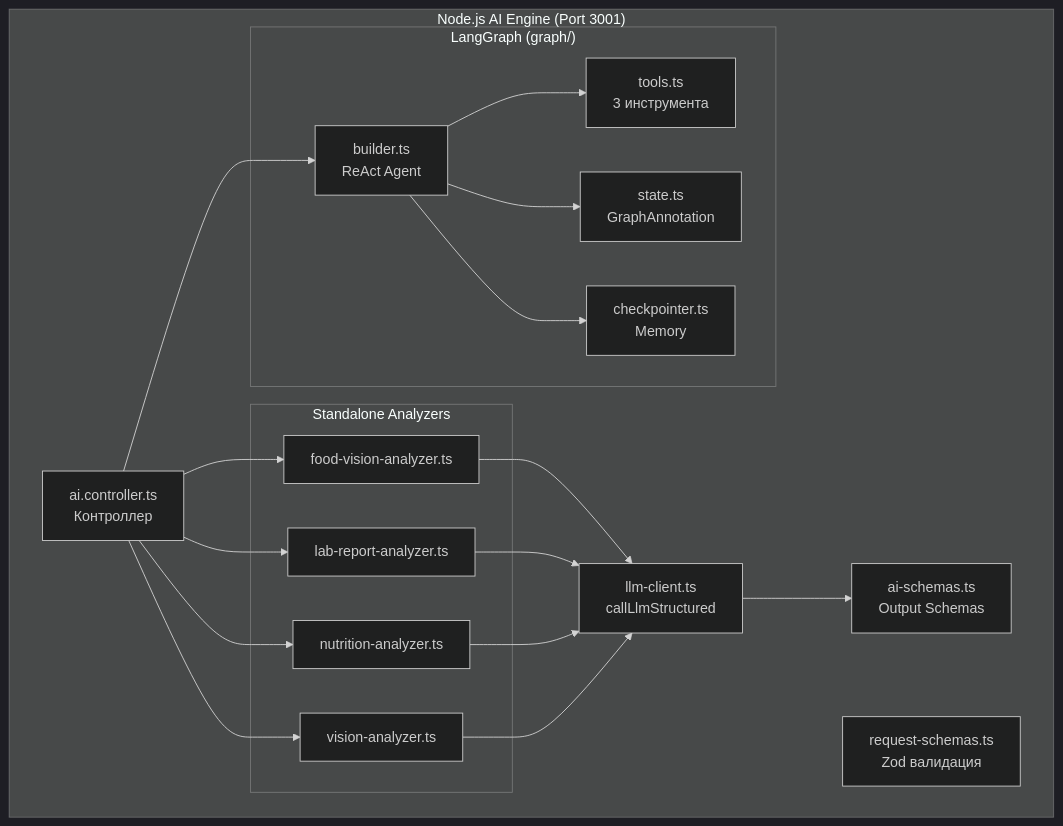
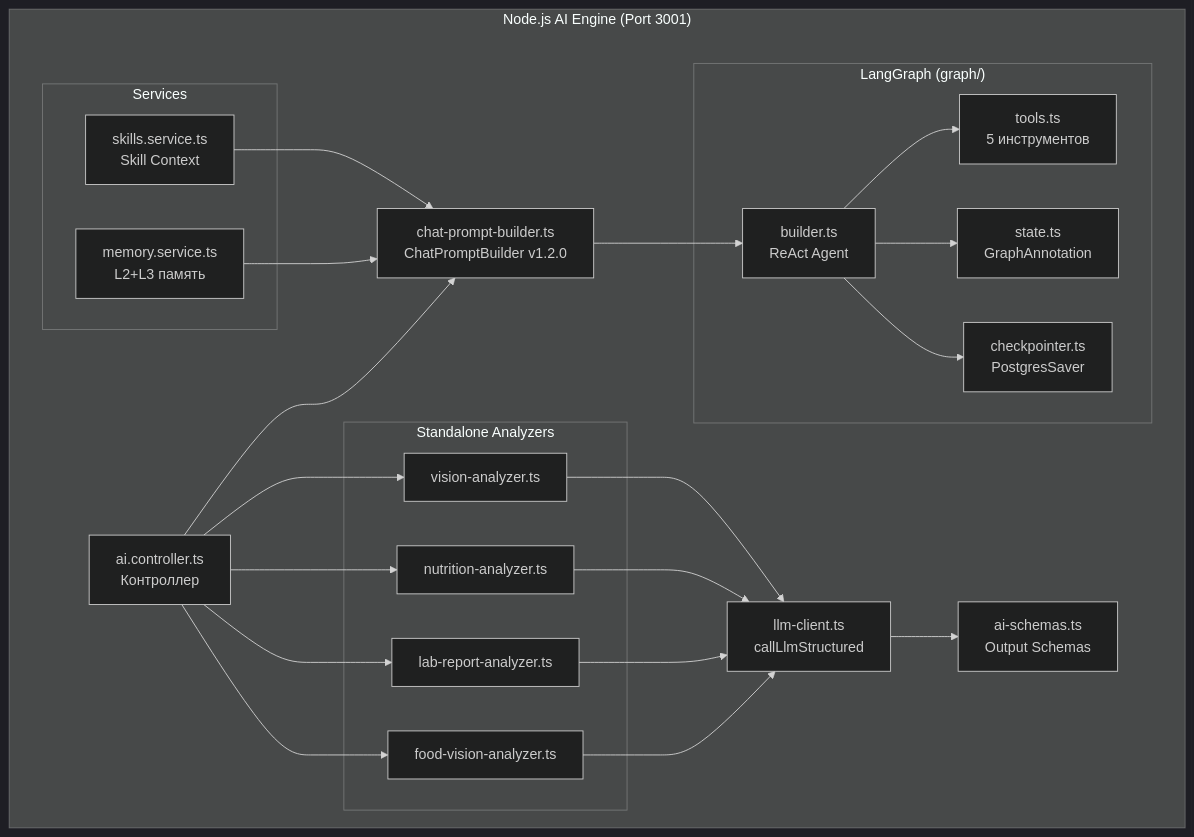
One commit to S4rikk/vitograph changed the first of 5 diagrams in docs/ai_pipeline.md. Above: the diagram before and after it, drawn with Mermaid (dark theme). The commit also changed other lines of this file and 8 other files, not shown here.

Commit message:
docs: update memory architecture to v4.0.0 and refine emotional persona integration

````diff
--- a/docs/ai_pipeline.md
+++ b/docs/ai_pipeline.md
@@ -11,37 +11,45 @@
 ```mermaid
 graph TB
     subgraph "Node.js AI Engine (Port 3001)"
         AC[ai.controller.ts<br/>Контроллер]
-        RS[request-schemas.ts<br/>Zod валидация]
+        CPB[chat-prompt-builder.ts<br/>ChatPromptBuilder v1.2.0]
         LC[llm-client.ts<br/>callLlmStructured]
         AS[ai-schemas.ts<br/>Output Schemas]
 
         subgraph "LangGraph (graph/)"
             B[builder.ts<br/>ReAct Agent]
             S[state.ts<br/>GraphAnnotation]
-            T[tools.ts<br/>3 инструмента]
-            CP[checkpointer.ts<br/>Memory]
+            T[tools.ts<br/>5 инструментов]
+            CP[checkpointer.ts<br/>PostgresSaver]
+        end
+
+        subgraph "Services"
+            MS[memory.service.ts<br/>L2+L3 память]
+            SS[skills.service.ts<br/>Skill Context]
         end
 
         subgraph "Standalone Analyzers"
             FVA[food-vision-analyzer.ts]
             LRA[lab-report-analyzer.ts]
             NA[nutrition-analyzer.ts]
             VA[vision-analyzer.ts]
         end
     end
 
-    AC --> B
+    AC --> CPB
+    MS --> CPB
+    SS --> CPB
+    CPB --> B
     AC --> FVA
     AC --> LRA
     AC --> NA
     AC --> VA
     B --> T
     B --> S
     B --> CP
     FVA --> LC
     LRA --> LC
     NA --> LC
     VA --> LC
     LC --> AS
 ```
````
